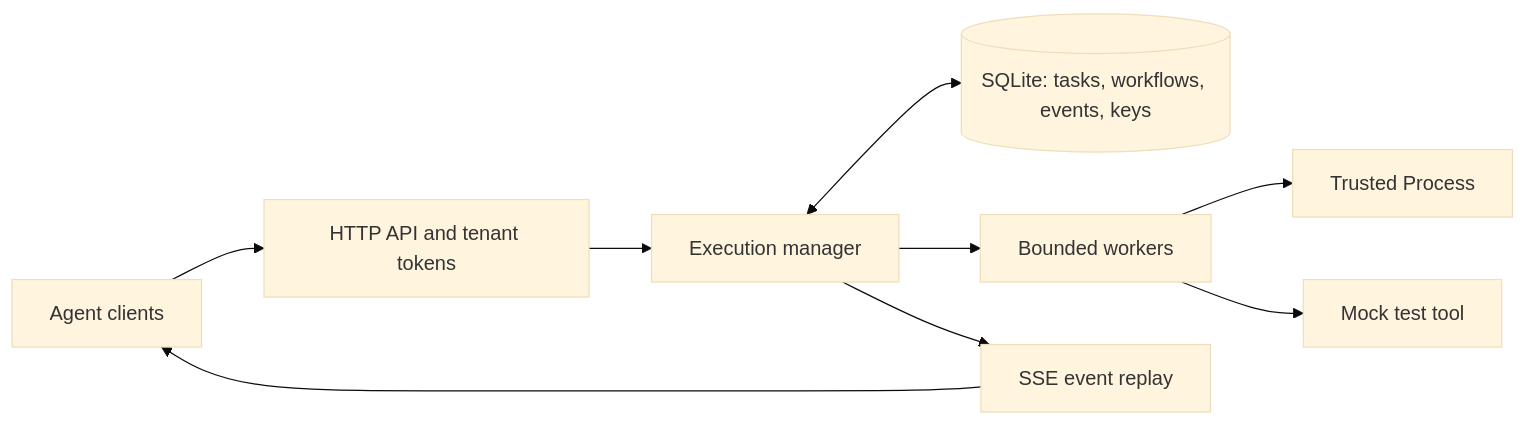
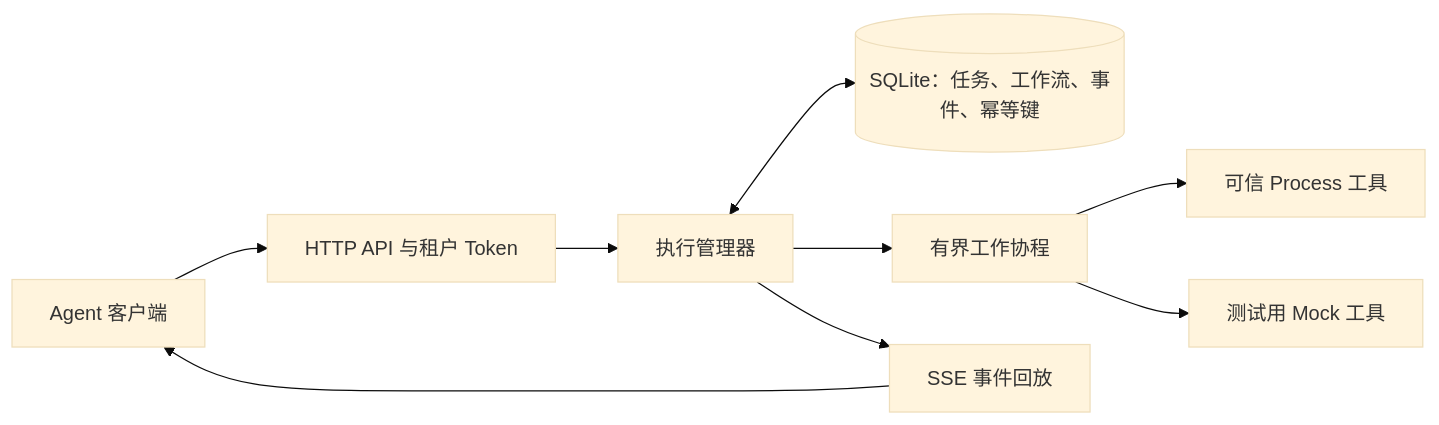
Before and after one commit to haonox/toolane: the diagram in docs/architecture.md, drawn with Mermaid (base theme). The commit also changed other lines of this file and 1 other file, not shown here.

````diff
--- a/docs/architecture.md
+++ b/docs/architecture.md
@@ -8,11 +5,11 @@
 ```mermaid
 flowchart LR
-    A[Agent clients] --> H[HTTP API and tenant tokens]
-    H --> M[Execution manager]
-    M <--> S[(SQLite: tasks, workflows, events, keys)]
-    M --> W[Bounded workers]
-    W --> P[Trusted Process]
-    W --> X[Mock test tool]
-    M --> E[SSE event replay]
+    A[Agent 客户端] --> H[HTTP API 与租户 Token]
+    H --> M[执行管理器]
+    M <--> S[(SQLite：任务、工作流、事件、幂等键)]
+    M --> W[有界工作协程]
+    W --> P[可信 Process 工具]
+    W --> X[测试用 Mock 工具]
+    M --> E[SSE 事件回放]
     E --> A
 ```
````
